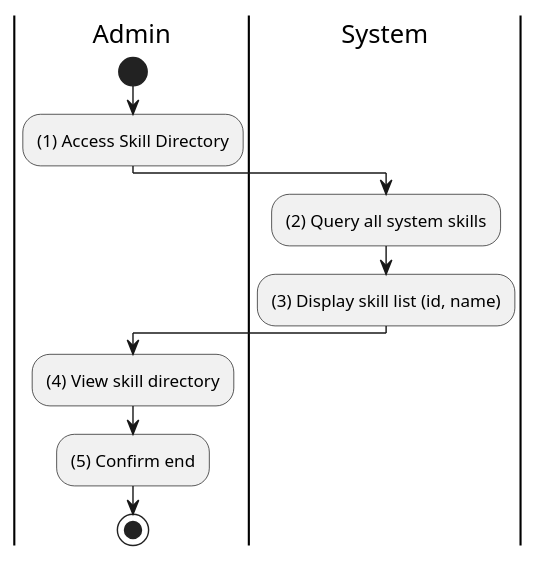
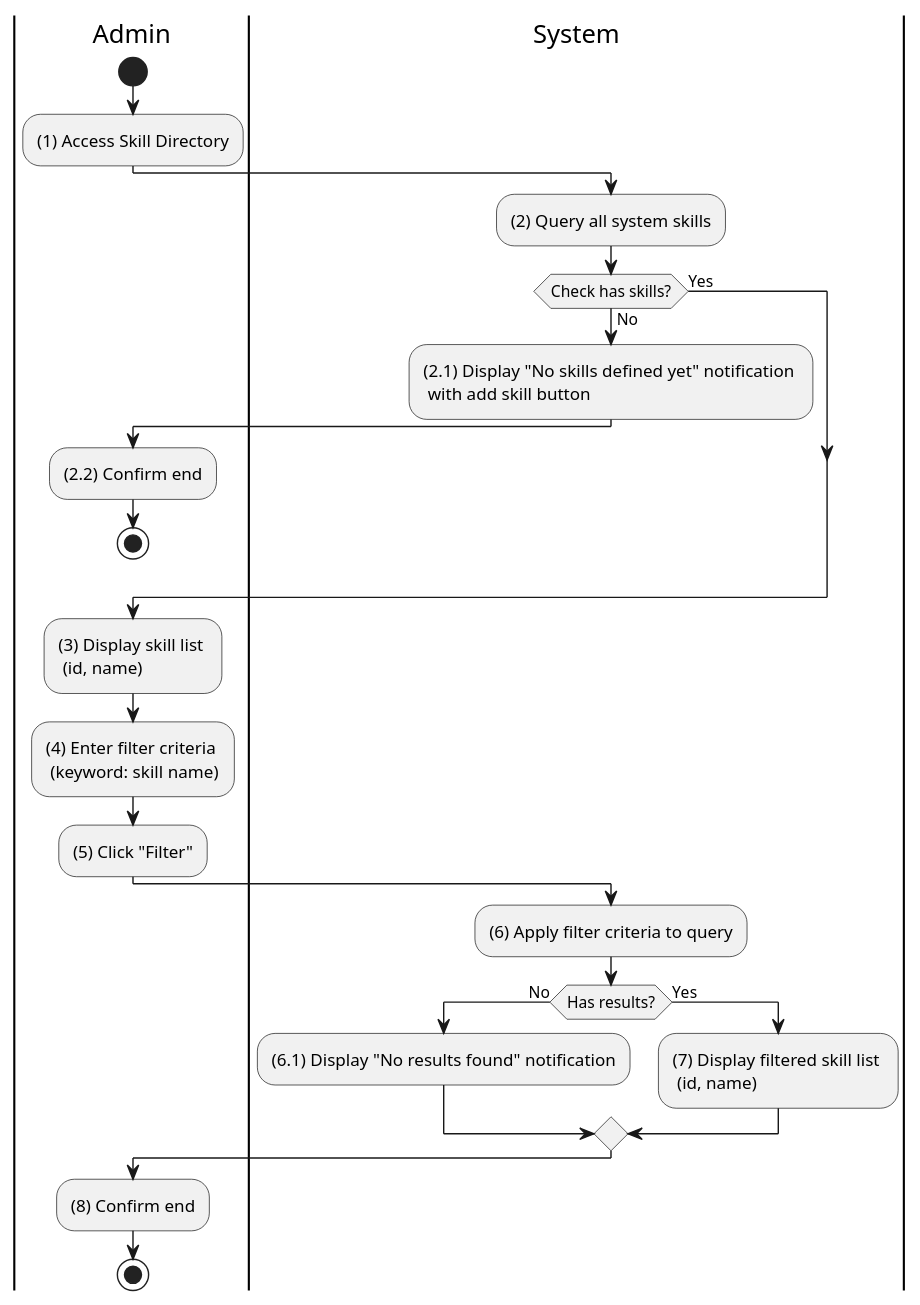
Before and after one commit to taskpilot-platform/taskpilot-platform.github.io: the diagram in docs/docs/activity/admin/view-system-skill-directory.md, drawn with PlantUML. The commit also changed 10 other files, not shown here.

First line of the commit message:
expand activity diagrams: add empty-state checks and filter flows

````diff
--- a/docs/docs/activity/admin/view-system-skill-directory.md
+++ b/docs/docs/activity/admin/view-system-skill-directory.md
@@ -3,20 +3,43 @@
 ```plantuml
 @startuml
 |A|Admin
 |S|System
 
 |A|
 start
 :(1) Access Skill Directory;
 
 |S|
 :(2) Query all system skills;
-:(3) Display skill list (id, name);
+
+if (Check has skills?) then (No)
+  :(2.1) Display "No skills defined yet" notification \n with add skill button;
+  |A|
+  :(2.2) Confirm end;
+  stop
+else (Yes)
+endif
+
+:(3) Display skill list \n (id, name);
 
 |A|
-:(4) View skill directory;
-:(5) Confirm end;
+:(4) Enter filter criteria \n (keyword: skill name);
+:(5) Click "Filter";
+
+|S|
+:(6) Apply filter criteria to query;
+
+if (Has results?) then (No)
+  :(6.1) Display "No results found" notification;
+  |A|
+else (Yes)
+  |S|
+  :(7) Display filtered skill list \n (id, name);
+  |A|
+endif
+
+:(8) Confirm end;
 
 stop
 @enduml
 ```
````
